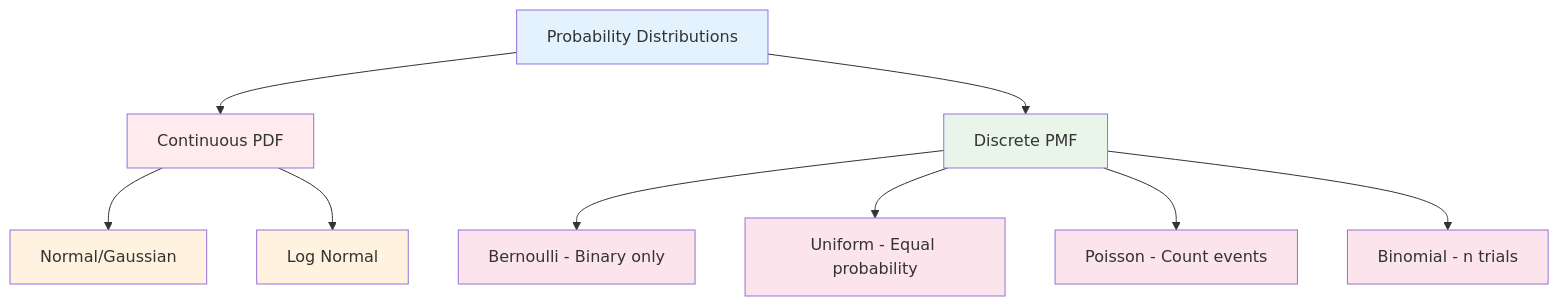
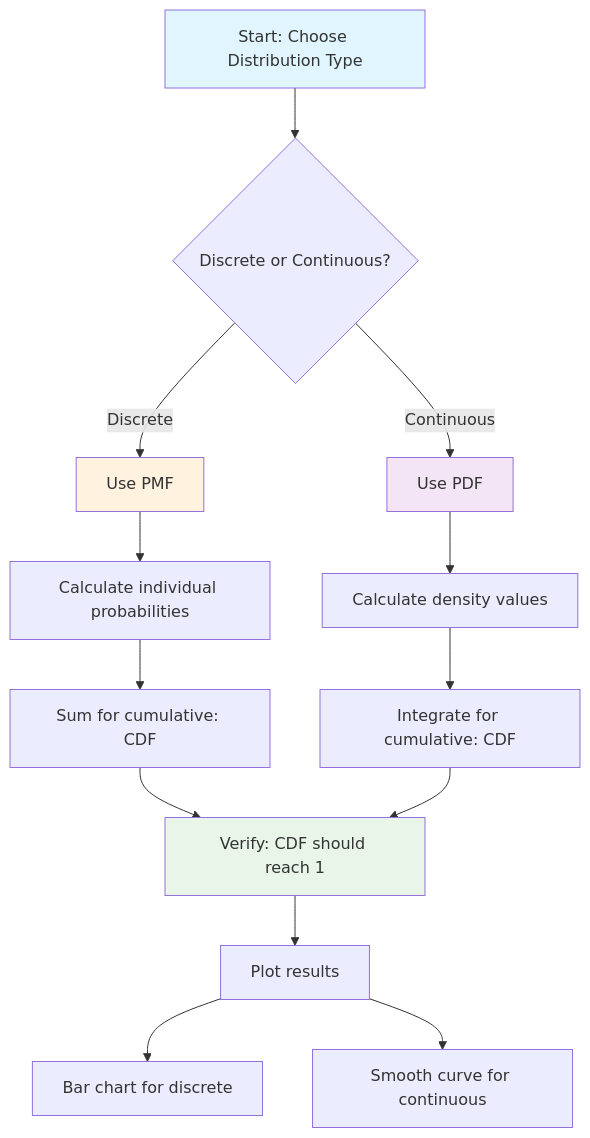
The eighth of 10 diagrams in Advanced_statistics.md (siddharthkumarrai/Statics), drawn with Mermaid before and after one commit. The commit also changed other lines of this file, not shown here.

````diff
--- a/Advanced_statistics.md
+++ b/Advanced_statistics.md
@@ -152,23 +193,25 @@
 ```mermaid
-graph TD
-    A[Probability Distributions] --> B[Continuous PDF]
-    A --> C[Discrete PMF]
+flowchart TD
+    A[Start: Choose Distribution Type] --> B{Discrete or Continuous?}
     
-    B --> D[Normal/Gaussian]
-    B --> E[Log Normal]
+    B -->|Discrete| C[Use PMF]
+    B -->|Continuous| D[Use PDF]
     
-    C --> F[Bernoulli - Binary only]
-    C --> G[Uniform - Equal probability]
-    C --> H[Poisson - Count events]
-    C --> I[Binomial - n trials]
+    C --> E[Calculate individual probabilities]
+    D --> F[Calculate density values]
     
-    style A fill:#e3f2fd
-    style B fill:#ffebee
-    style C fill:#e8f5e8
-    style D fill:#fff3e0
-    style E fill:#fff3e0
-    style F fill:#fce4ec
-    style G fill:#fce4ec
-    style H fill:#fce4ec
-    style I fill:#fce4ec
+    E --> G[Sum for cumulative: CDF]
+    F --> H[Integrate for cumulative: CDF]
+    
+    G --> I[Verify: CDF should reach 1]
+    H --> I
+    
+    I --> J[Plot results]
+    J --> K[Bar chart for discrete]
+    J --> L[Smooth curve for continuous]
+    
+    style A fill:#e1f5fe
+    style C fill:#fff3e0
+    style D fill:#f3e5f5
+    style I fill:#e8f5e8
 ```
````
